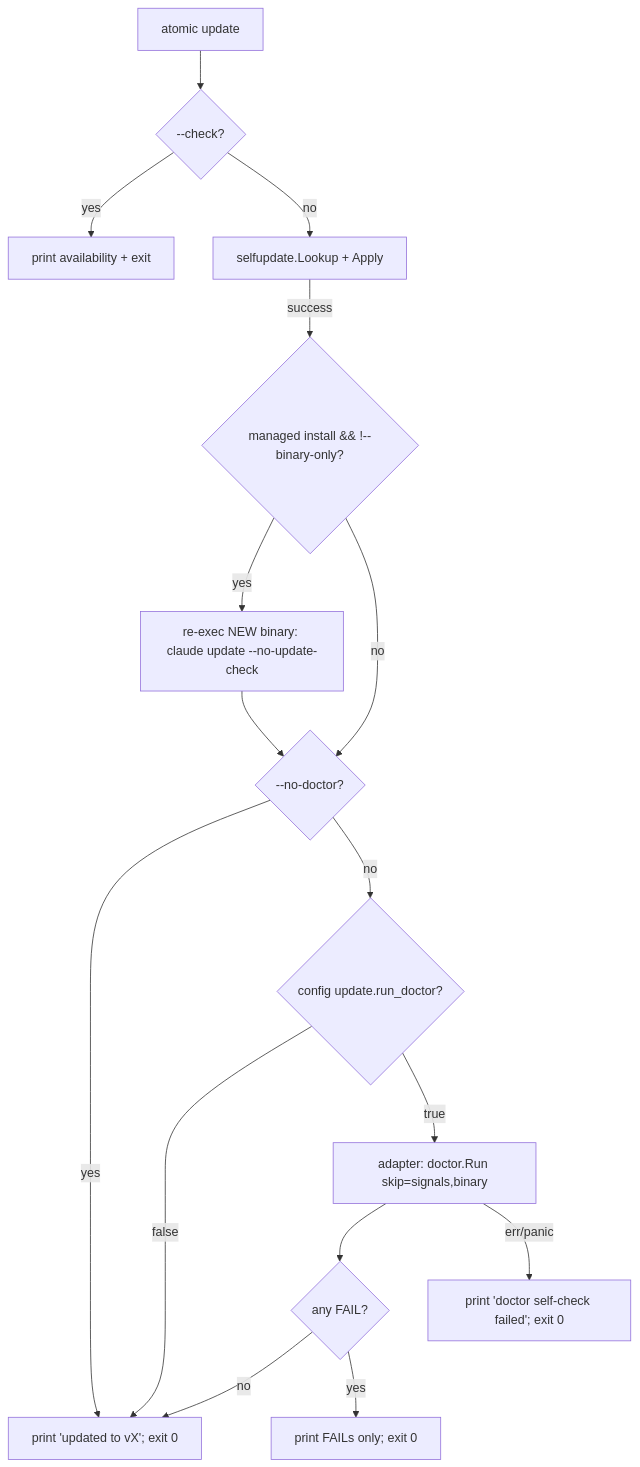
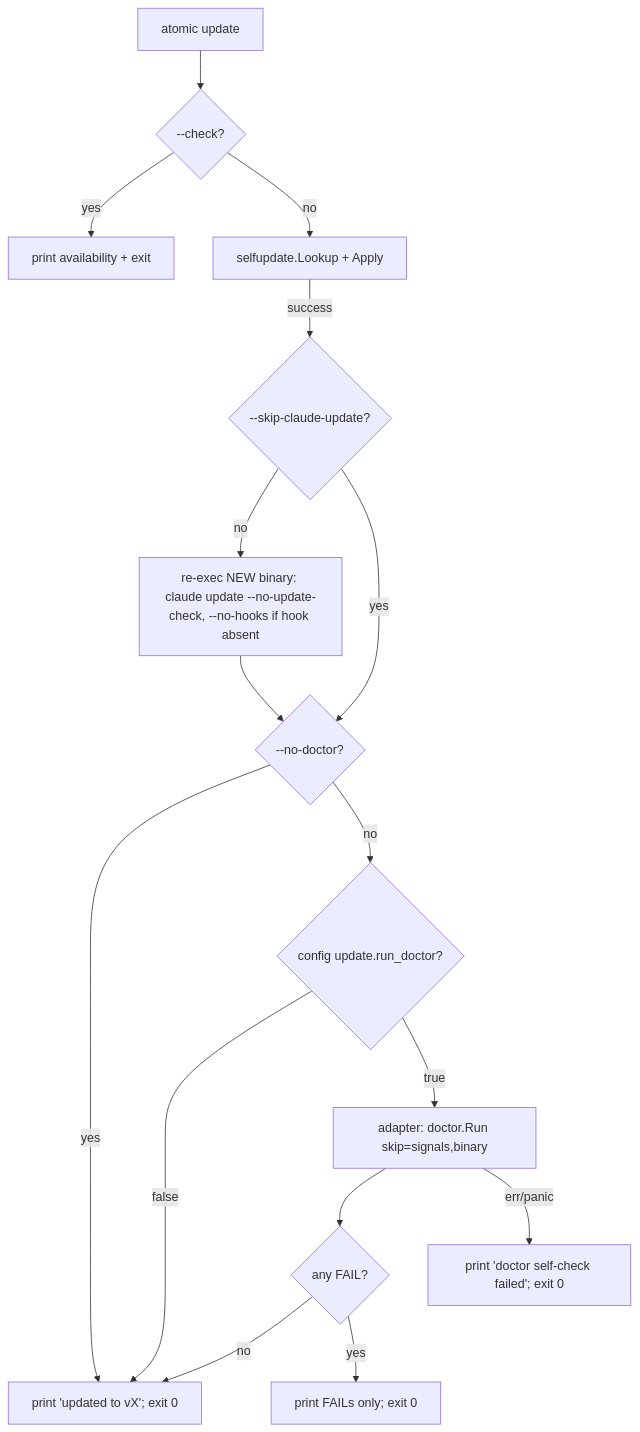
Before and after one commit to damusix/atomic-claude: the diagram in docs/spec/atomic-update-doctor.md, drawn with Mermaid. The commit also changed other lines of this file and 14 other files, not shown here.

First line of the commit message:
feat(update): make artifact refresh default; drop managed-install gate

````diff
--- a/docs/spec/atomic-update-doctor.md
+++ b/docs/spec/atomic-update-doctor.md
@@ -44,18 +44,18 @@
 ```mermaid
 flowchart TD
     A[atomic update] --> B{--check?}
     B -- yes --> C[print availability + exit]
     B -- no --> D[selfupdate.Lookup + Apply]
-    D -- success --> R{managed install && !--binary-only?}
-    R -- yes --> S[re-exec NEW binary: claude update --no-update-check]
-    R -- no --> E
+    D -- success --> R{--skip-claude-update?}
+    R -- no --> S[re-exec NEW binary: claude update --no-update-check, --no-hooks if hook absent]
+    R -- yes --> E
     S --> E{--no-doctor?}
     E -- yes --> Z[print 'updated to vX'; exit 0]
     E -- no --> F{config update.run_doctor?}
     F -- false --> Z
     F -- true --> G[adapter: doctor.Run skip=signals,binary]
     G --> H{any FAIL?}
     H -- no --> Z
     H -- yes --> I[print FAILs only; exit 0]
     G -- err/panic --> J[print 'doctor self-check failed'; exit 0]
 ```
````
